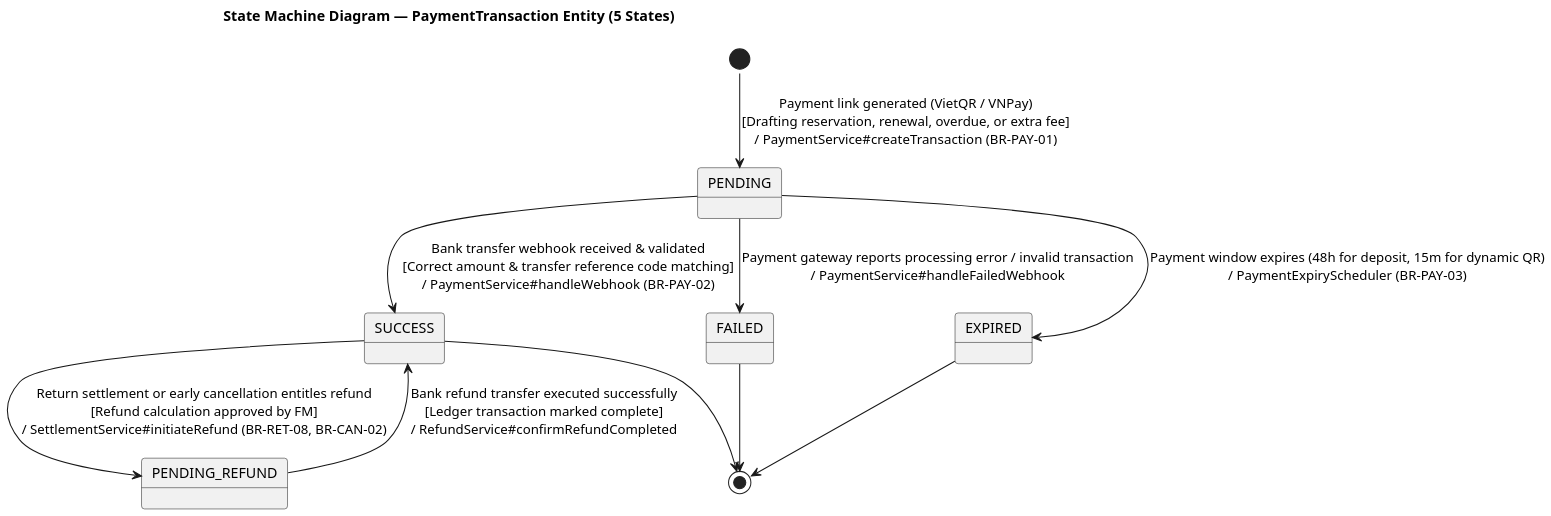
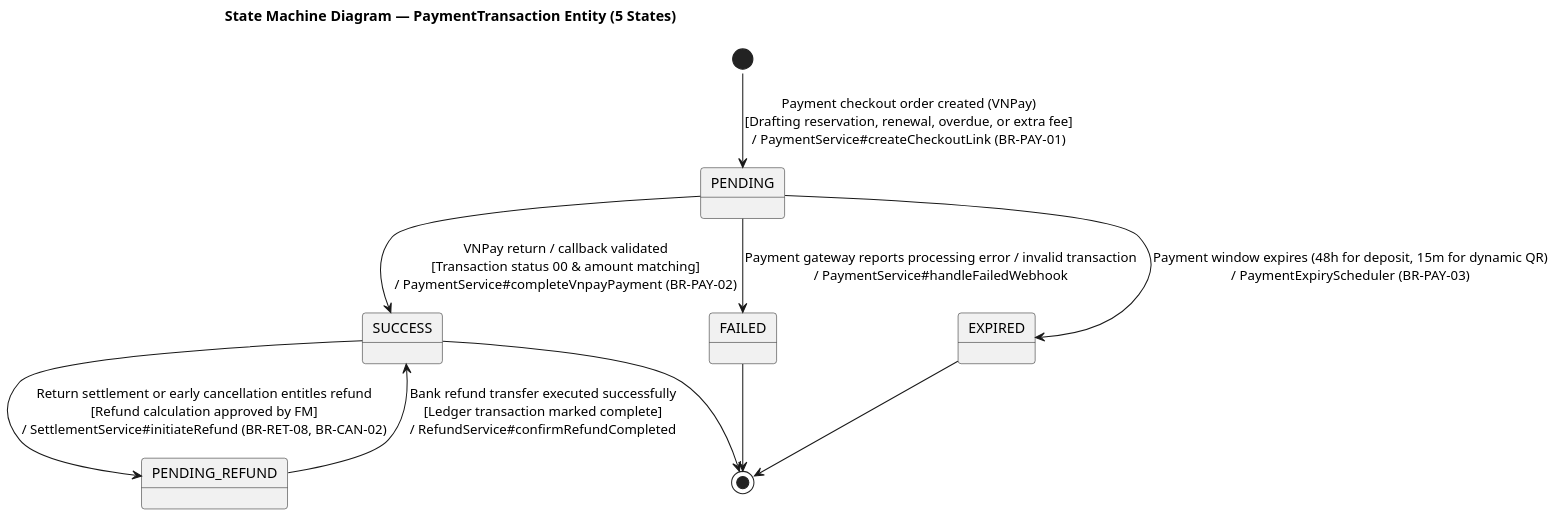
One commit to Nguyen-Van-Gia-Binh/Self-Storage-Facility-Rental-and-Management-System changed the diagram in docs/diagrams/report/state/st-payment-transaction.puml. Above: the diagram before and after it, drawn with PlantUML. The commit also changed other lines of this file and 52 other files, not shown here.

Commit message:
refactor(payment): dọn sạch toàn bộ mã tàn dư VietQR, chuẩn hóa 100% cổng VNPay Sandbox

```diff
--- a/docs/diagrams/report/state/st-payment-transaction.puml
+++ b/docs/diagrams/report/state/st-payment-transaction.puml
@@ -1,22 +1,22 @@
 @startuml st-payment-transaction
 !pragma layout smetana
 skinparam dpi 150
 skinparam defaultFontName Arial
 skinparam roundcorner 6
 
 title State Machine Diagram — PaymentTransaction Entity (5 States)
 
-[*] --> PENDING : Payment link generated (VietQR / VNPay)\n[Drafting reservation, renewal, overdue, or extra fee]\n/ PaymentService#createTransaction (BR-PAY-01)
+[*] --> PENDING : Payment checkout order created (VNPay)\n[Drafting reservation, renewal, overdue, or extra fee]\n/ PaymentService#createCheckoutLink (BR-PAY-01)
 
-PENDING --> SUCCESS : Bank transfer webhook received & validated\n[Correct amount & transfer reference code matching]\n/ PaymentService#handleWebhook (BR-PAY-02)
+PENDING --> SUCCESS : VNPay return / callback validated\n[Transaction status 00 & amount matching]\n/ PaymentService#completeVnpayPayment (BR-PAY-02)
 PENDING --> FAILED : Payment gateway reports processing error / invalid transaction\n/ PaymentService#handleFailedWebhook
 PENDING --> EXPIRED : Payment window expires (48h for deposit, 15m for dynamic QR)\n/ PaymentExpiryScheduler (BR-PAY-03)
 
 SUCCESS --> PENDING_REFUND : Return settlement or early cancellation entitles refund\n[Refund calculation approved by FM]\n/ SettlementService#initiateRefund (BR-RET-08, BR-CAN-02)
 
 PENDING_REFUND --> SUCCESS : Bank refund transfer executed successfully\n[Ledger transaction marked complete]\n/ RefundService#confirmRefundCompleted
 
 FAILED --> [*]
 EXPIRED --> [*]
 SUCCESS --> [*]
 @enduml
```
